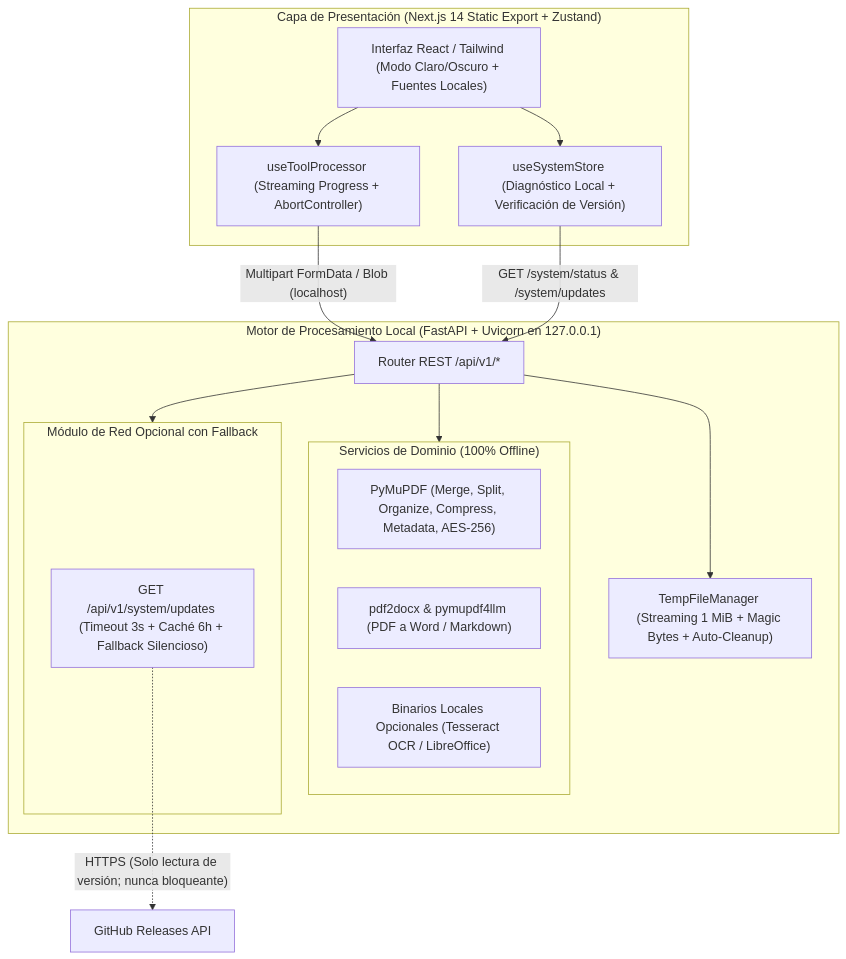
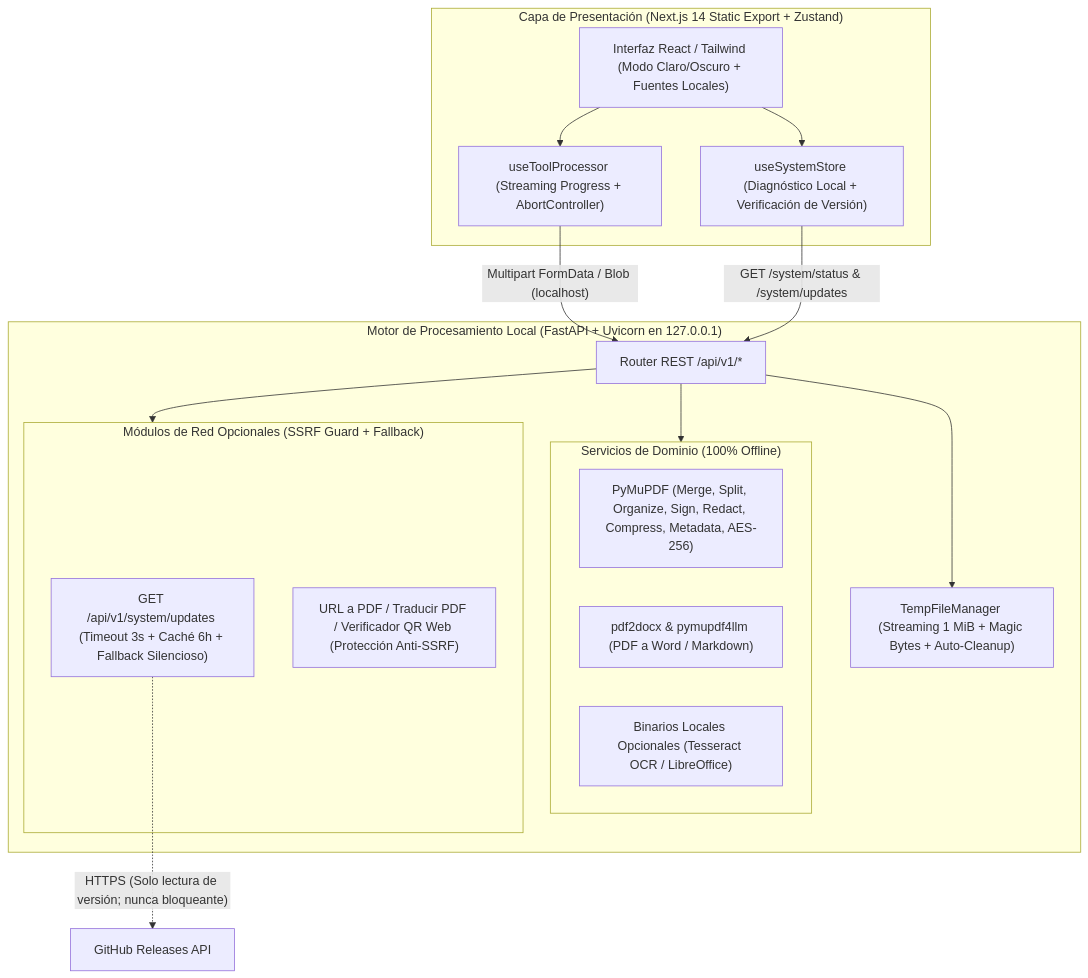
The diagram in README.md (albert-dilas/OpenPDF), drawn with Mermaid before and after one commit. The commit also changed other lines of this file and 43 other files, not shown here.

Commit message:
feat: release v2.1.0 with 5 new local and online PDF tools (21 modules)

````diff
--- a/README.md
+++ b/README.md
@@ -107,33 +112,34 @@
 ```mermaid
 flowchart TD
     subgraph Client ["Capa de Presentación (Next.js 14 Static Export + Zustand)"]
         UI["Interfaz React / Tailwind (Modo Claro/Oscuro + Fuentes Locales)"]
         Hook["useToolProcessor (Streaming Progress + AbortController)"]
         SysStore["useSystemStore (Diagnóstico Local + Verificación de Versión)"]
         UI --> Hook
         UI --> SysStore
     end
 
     subgraph Server ["Motor de Procesamiento Local (FastAPI + Uvicorn en 127.0.0.1)"]
         API["Router REST /api/v1/*"]
         TempMgr["TempFileManager (Streaming 1 MiB + Magic Bytes + Auto-Cleanup)"]
         
         subgraph CoreServices ["Servicios de Dominio (100% Offline)"]
-            Fitz["PyMuPDF (Merge, Split, Organize, Compress, Metadata, AES-256)"]
+            Fitz["PyMuPDF (Merge, Split, Organize, Sign, Redact, Compress, Metadata, AES-256)"]
             Docx["pdf2docx & pymupdf4llm (PDF a Word / Markdown)"]
             Bins["Binarios Locales Opcionales (Tesseract OCR / LibreOffice)"]
         end
 
-        subgraph OnlineModule ["Módulo de Red Opcional con Fallback"]
+        subgraph OnlineModule ["Módulos de Red Opcionales (SSRF Guard + Fallback)"]
             Upd["GET /api/v1/system/updates (Timeout 3s + Caché 6h + Fallback Silencioso)"]
+            NetTools["URL a PDF / Traducir PDF / Verificador QR Web (Protección Anti-SSRF)"]
         end
 
         API --> TempMgr
         API --> CoreServices
         API --> OnlineModule
     end
 
     Hook -- "Multipart FormData / Blob (localhost)" --> API
     SysStore -- "GET /system/status & /system/updates" --> API
     Upd -. "HTTPS (Solo lectura de versión; nunca bloqueante)" .-> GH["GitHub Releases API"]
 ```
````
